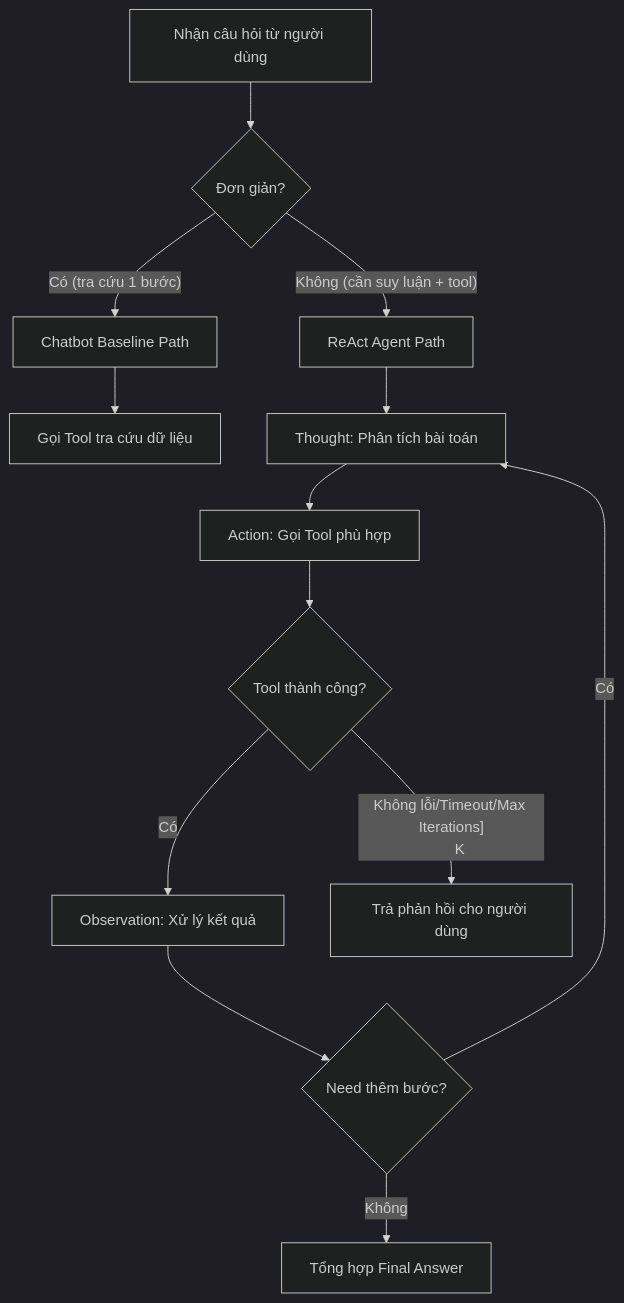
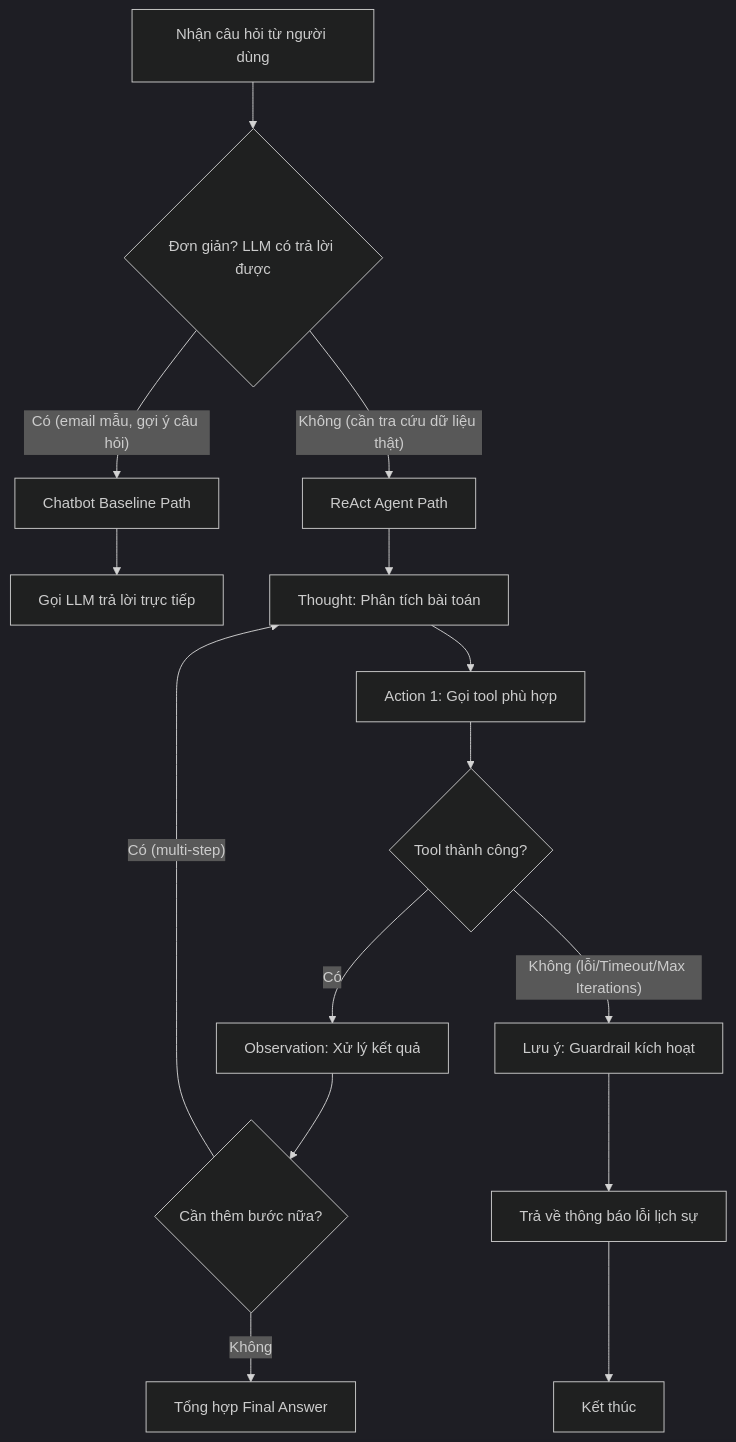
Before and after one commit to ronaldat3737a/K4_Day03_2A202601526_NguyenCongDat: the diagram in docs/trace_eval.md, drawn with Mermaid (dark theme). The commit also changed other lines of this file, not shown here.

````diff
--- a/docs/trace_eval.md
+++ b/docs/trace_eval.md
@@ -72,16 +103,17 @@
 ```mermaid
 flowchart TD
-    A[Nhận câu hỏi từ người dùng] --> B{Đơn giản?}
-    B -- Có (tra cứu 1 bước) --> C[Chatbot Baseline Path]
-    B -- Không (cần suy luận + tool) --> D[ReAct Agent Path]
-    C --> E[Gọi Tool tra cứu dữ liệu]
+    A[Nhận câu hỏi từ người dùng] --> B{Đơn giản? LLM có trả lời được}
+    B -- Có (email mẫu, gợi ý câu hỏi) --> C[Chatbot Baseline Path]
+    B -- Không (cần tra cứu dữ liệu thật) --> D[ReAct Agent Path]
+    C --> E[Gọi LLM trả lời trực tiếp]
     D --> F[Thought: Phân tích bài toán]
-    F --> G[Action: Gọi Tool phù hợp]
+    F --> G[Action 1: Gọi tool phù hợp]
     G --> H{Tool thành công?}
     H -- Có --> I[Observation: Xử lý kết quả]
-    I --> J{Need thêm bước?}
-    J -- Có --> F
+    I --> J{Cần thêm bước nữa?}
+    J -- Có (multi-step) --> F
     J -- Không --> K[Tổng hợp Final Answer]
-    H -- Không lỗi/Timeout/Max Iterations]
-    K --> L[Trả phản hồi cho người dùng]
+    H -- Không (lỗi/Timeout/Max Iterations) --> L[Lưu ý: Guardrail kích hoạt]
+    L --> M[Trả về thông báo lỗi lịch sự]
+    M --> N[Kết thúc]
 ```
````
